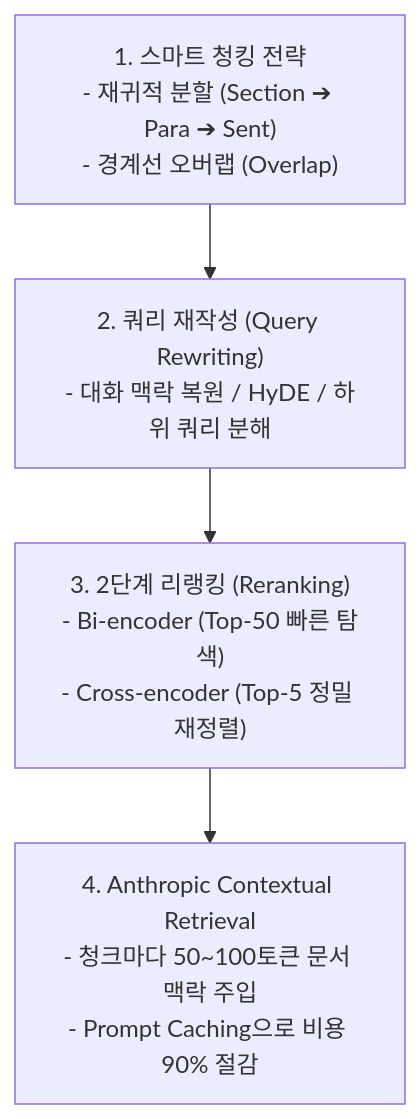
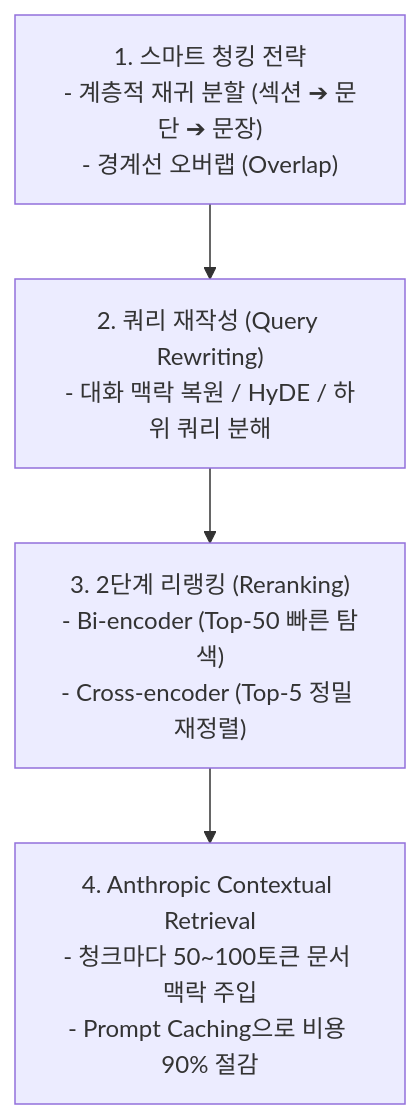
Before and after one commit to sing-u8/AI-Engineering: the first of 2 diagrams in chapter-qa/ch06-rag-and-agents-qa/02-rag-optimization-and-multimodal-tabular.md, drawn with Mermaid. The commit also changed other lines of this file, not shown here.

````diff
--- a/chapter-qa/ch06-rag-and-agents-qa/02-rag-optimization-and-multimodal-tabular.md
+++ b/chapter-qa/ch06-rag-and-agents-qa/02-rag-optimization-and-multimodal-tabular.md
@@ -37,6 +37,6 @@
 ```mermaid
 flowchart TD
-    Raw["1. 스마트 청킹 전략\n- 재귀적 분할 (Section ➔ Para ➔ Sent)\n- 경계선 오버랩 (Overlap)"] --> Rewrite["2. 쿼리 재작성 (Query Rewriting)\n- 대화 맥락 복원 / HyDE / 하위 쿼리 분해"]
+    Raw["1. 스마트 청킹 전략\n- 계층적 재귀 분할 (섹션 ➔ 문단 ➔ 문장)\n- 경계선 오버랩 (Overlap)"] --> Rewrite["2. 쿼리 재작성 (Query Rewriting)\n- 대화 맥락 복원 / HyDE / 하위 쿼리 분해"]
     Rewrite --> Rerank["3. 2단계 리랭킹 (Reranking)\n- Bi-encoder (Top-50 빠른 탐색)\n- Cross-encoder (Top-5 정밀 재정렬)"]
     Rerank --> Contextual["4. Anthropic Contextual Retrieval\n- 청크마다 50~100토큰 문서 맥락 주입\n- Prompt Caching으로 비용 90% 절감"]
 ```
````
